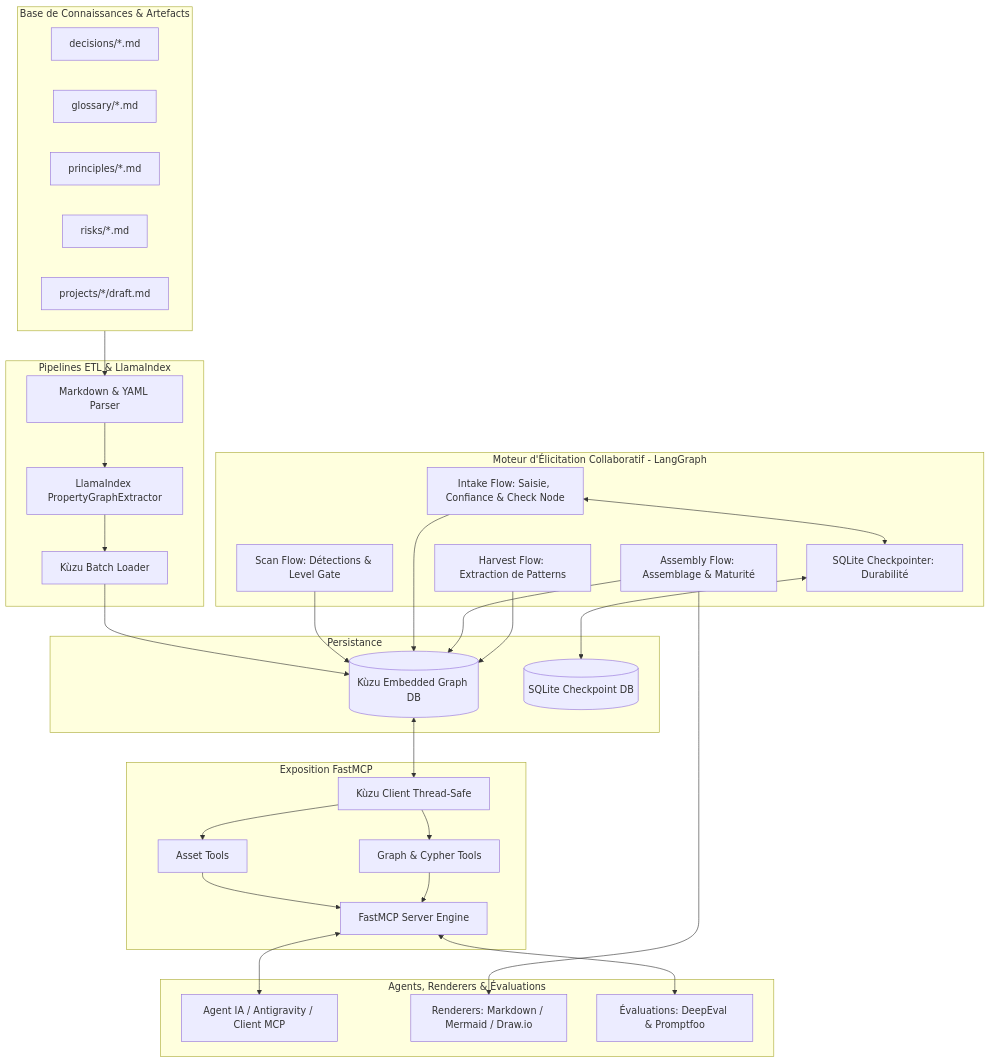
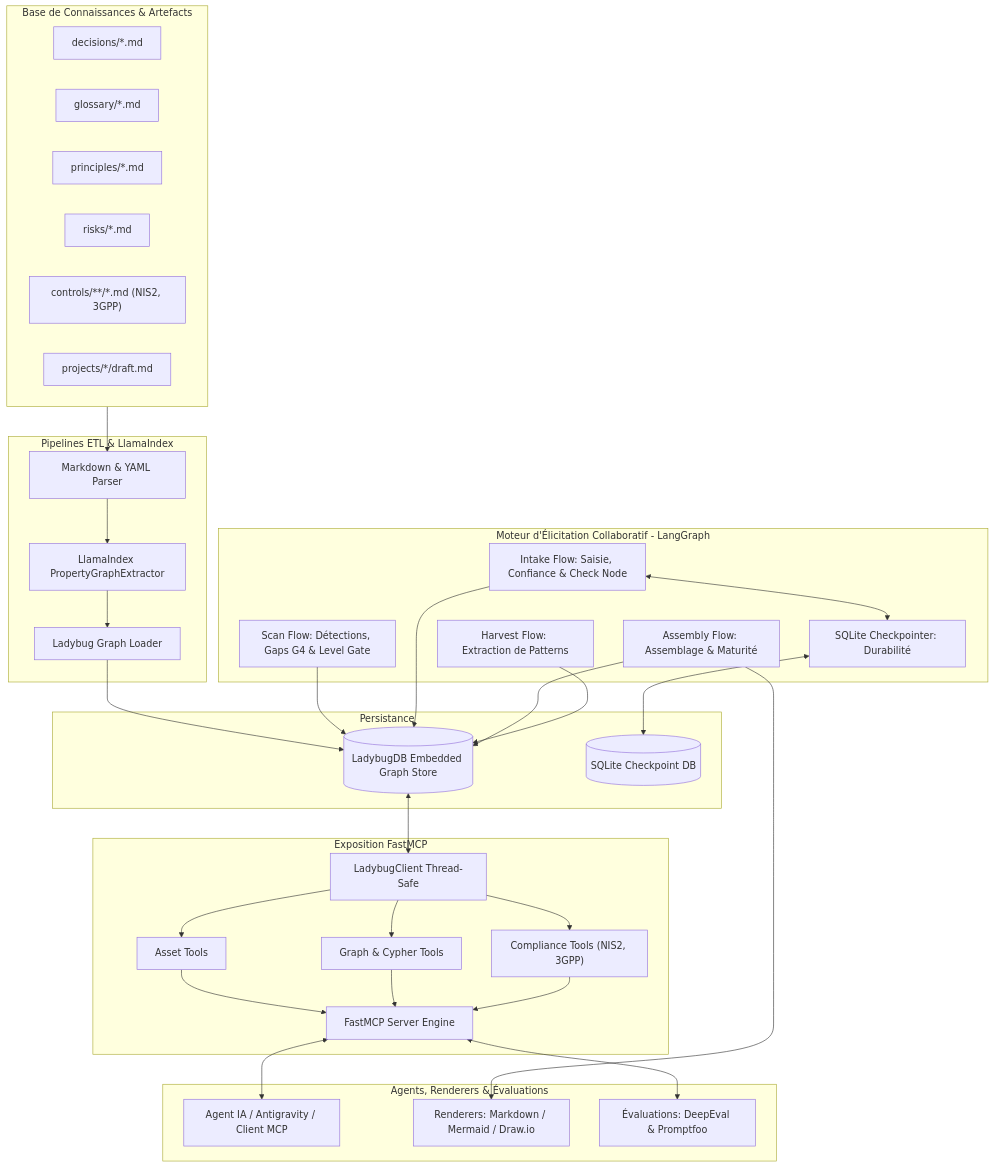
One commit to MauriceIsrael/LLMOps changed the first of 4 diagrams in docs/architecture.md. Above: the diagram before and after it, drawn with Mermaid. The commit also changed other lines of this file and 26 other files, not shown here.

First line of the commit message:
chore: clean dead code, fix CI/Ruff linter, update docs/architecture, optimize build/test perfs & add GCP deploy script

````diff
--- a/docs/architecture.md
+++ b/docs/architecture.md
@@ -23,63 +23,67 @@
 ```mermaid
 flowchart TB
     subgraph Data_Layer ["Base de Connaissances & Artefacts"]
         ADR["decisions/*.md"]
         GLOSS["glossary/*.md"]
         PRINC["principles/*.md"]
         RISK["risks/*.md"]
+        CTRL["controls/**/*.md (NIS2, 3GPP)"]
         ENG["projects/*/draft.md"]
     end
 
     subgraph Ingestion_Layer ["Pipelines ETL & LlamaIndex"]
         MP["Markdown & YAML Parser"]
         LE["LlamaIndex PropertyGraphExtractor"]
-        GL["Kùzu Batch Loader"]
+        GL["Ladybug Graph Loader"]
     end
 
     subgraph Elicitation_Engine ["Moteur d'Élicitation Collaboratif - LangGraph"]
-        SCAN["Scan Flow: Détections & Level Gate"]
+        SCAN["Scan Flow: Détections, Gaps G4 & Level Gate"]
         INTAKE["Intake Flow: Saisie, Confiance & Check Node"]
         ASSEMBLE["Assembly Flow: Assemblage & Maturité"]
         HARVEST["Harvest Flow: Extraction de Patterns"]
         CHK["SQLite Checkpointer: Durabilité"]
     end
 
     subgraph Storage_Layer ["Persistance"]
-        KUZU[("Kùzu Embedded Graph DB")]
+        LBUG[("LadybugDB Embedded Graph Store")]
         SQLITE[("SQLite Checkpoint DB")]
     end
 
     subgraph MCP_Layer ["Exposition FastMCP"]
-        KC["Kùzu Client Thread-Safe"]
+        LC["LadybugClient Thread-Safe"]
         AT["Asset Tools"]
         GT["Graph & Cypher Tools"]
+        CT["Compliance Tools (NIS2, 3GPP)"]
         FSERV["FastMCP Server Engine"]
     end
 
     subgraph Consumer_Layer ["Agents, Renderers & Évaluations"]
         AGENT["Agent IA / Antigravity / Client MCP"]
         RENDers["Renderers: Markdown / Mermaid / Draw.io"]
         EVAL["Évaluations: DeepEval & Promptfoo"]
     end
 
     Data_Layer --> MP
     MP --> LE
     LE --> GL
-    GL --> KUZU
+    GL --> LBUG
 
-    SCAN --> KUZU
-    INTAKE --> KUZU
+    SCAN --> LBUG
+    INTAKE --> LBUG
     INTAKE <--> CHK
     CHK <--> SQLITE
-    ASSEMBLE --> KUZU
-    HARVEST --> KUZU
+    ASSEMBLE --> LBUG
+    HARVEST --> LBUG
 
-    KUZU <--> KC
-    KC --> AT
-    KC --> GT
+    LBUG <--> LC
+    LC --> AT
+    LC --> GT
+    LC --> CT
     AT --> FSERV
     GT --> FSERV
+    CT --> FSERV
     FSERV <--> AGENT
     ASSEMBLE --> RENDers
     FSERV <--> EVAL
 ```
````
